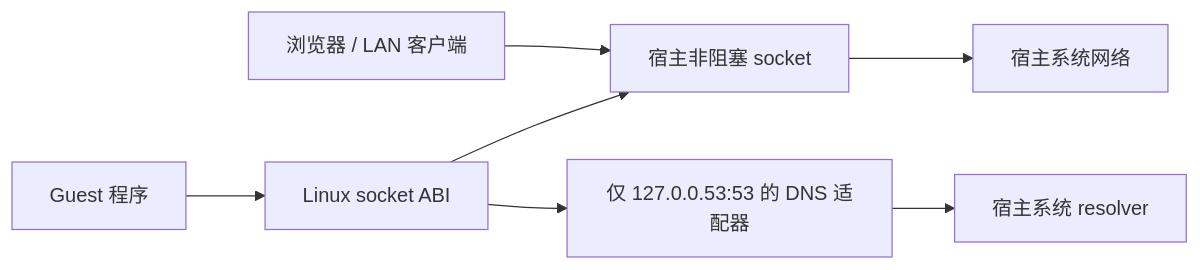
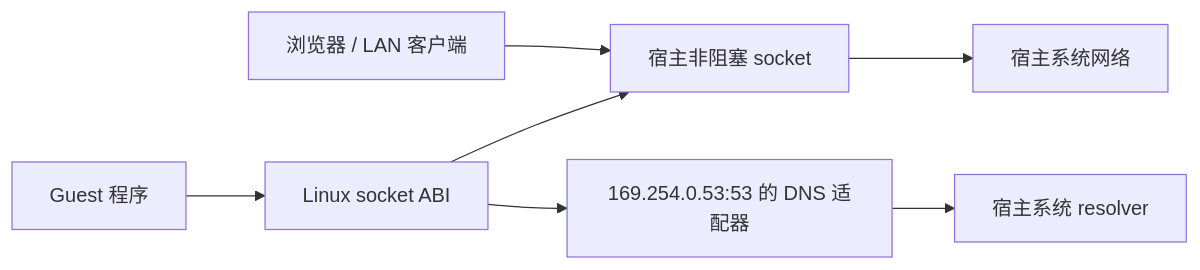
The diagram in docs/architecture/direct-network.md (kb5000/trames), drawn with Mermaid before and after one commit. The commit also changed other lines of this file and 22 other files, not shown here.

````diff
--- a/docs/architecture/direct-network.md
+++ b/docs/architecture/direct-network.md
@@ -7,9 +7,9 @@
 ```mermaid
 flowchart LR
     G[Guest 程序] --> L[Linux socket ABI]
     L --> S[宿主非阻塞 socket]
     S --> N[宿主系统网络]
     B[浏览器 / LAN 客户端] --> S
-    L --> D[仅 127.0.0.53:53 的 DNS 适配器]
+    L --> D[169.254.0.53:53 的 DNS 适配器]
     D --> R[宿主系统 resolver]
 ```
````
